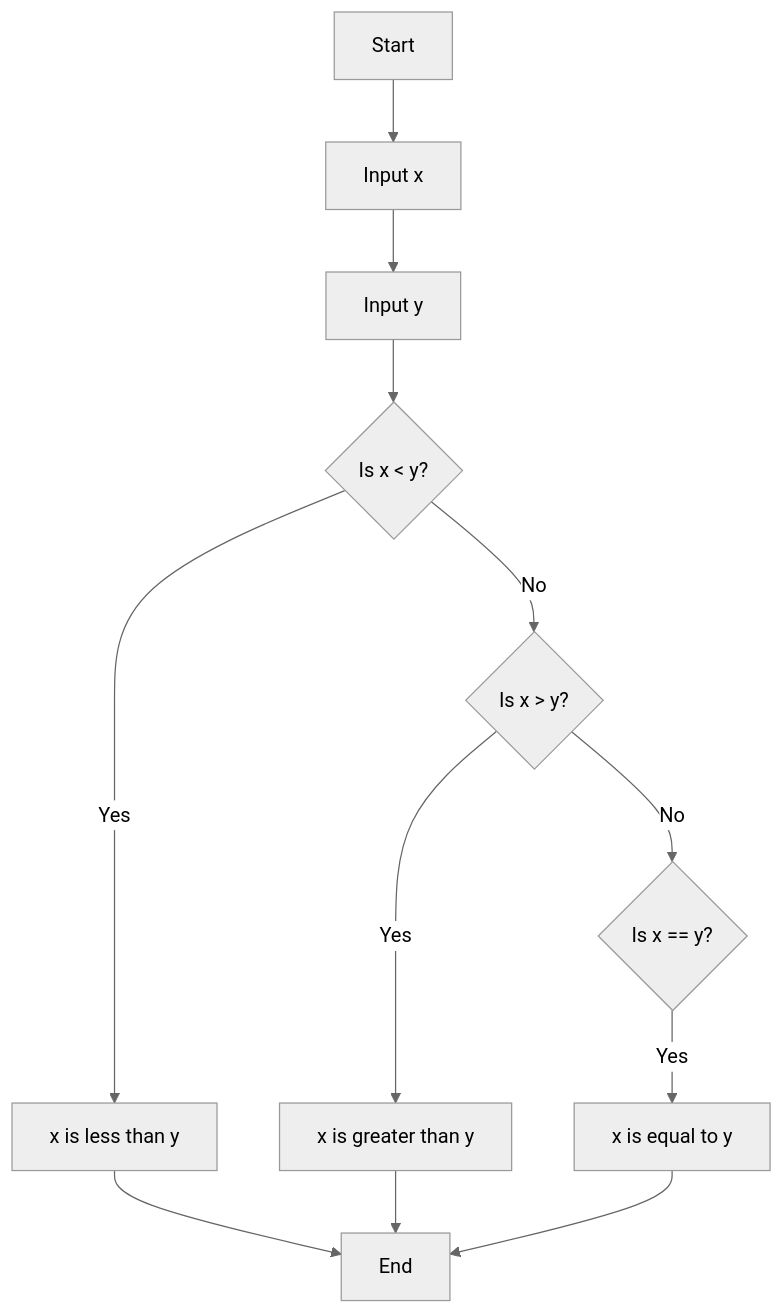
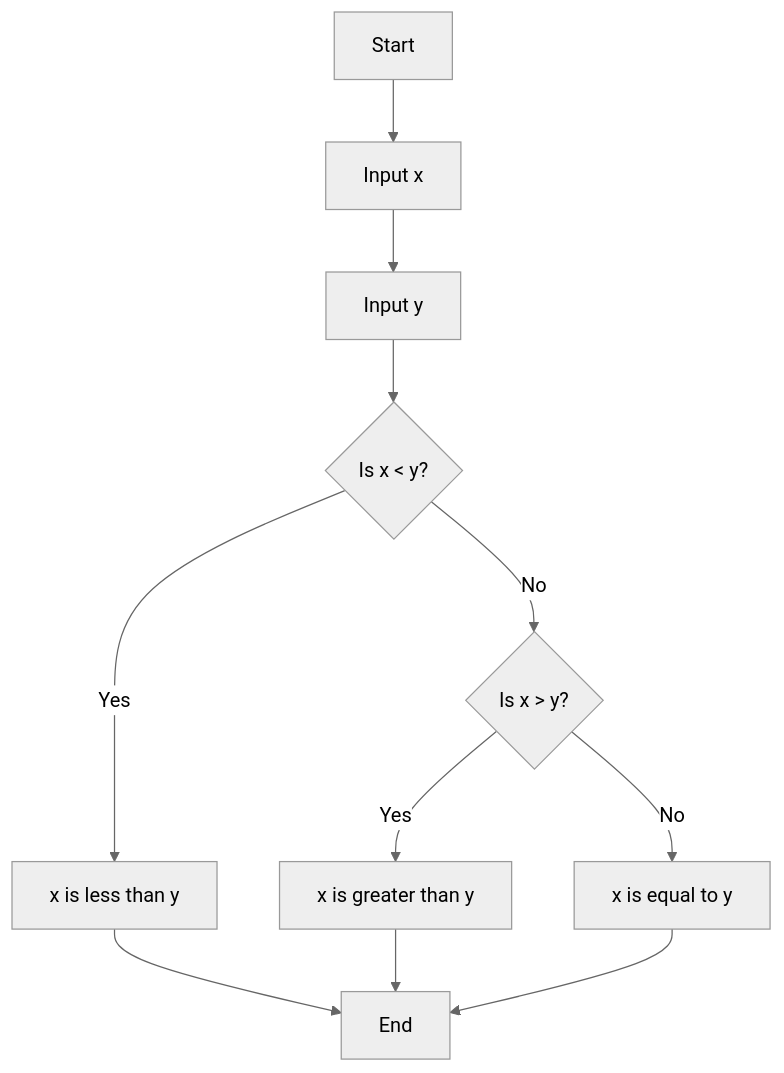
One commit to per5cm/Python changed the first of 2 diagrams in Beginner/CS50/Lecture/lecture1/lecture1.md. Above: the diagram before and after it, drawn with Mermaid (neutral theme). The commit also changed other lines of this file, not shown here.

````diff
--- a/Beginner/CS50/Lecture/lecture1/lecture1.md
+++ b/Beginner/CS50/Lecture/lecture1/lecture1.md
@@ -39,14 +43,13 @@
 ```mermaid
 graph TD
     A[Start] --> B[Input x]
     B --> C[Input y]
     C --> D{Is x < y?}
-    D -->|Yes| E[x is less than y]
+    D -->|Yes| E["x is less than y"]
     D -->|No| F{Is x > y?}
-    F -->|Yes| G[x is greater than y]
-    F -->|No| H{Is x == y?}
-    H -->|Yes| I[x is equal to y]
-    E --> J[End]
-    G --> J
-    I --> J
+    F -->|Yes| G["x is greater than y"]
+    F -->|No| H["x is equal to y"]
+    E --> I[End]
+    G --> I
+    H --> I
 ```
````
